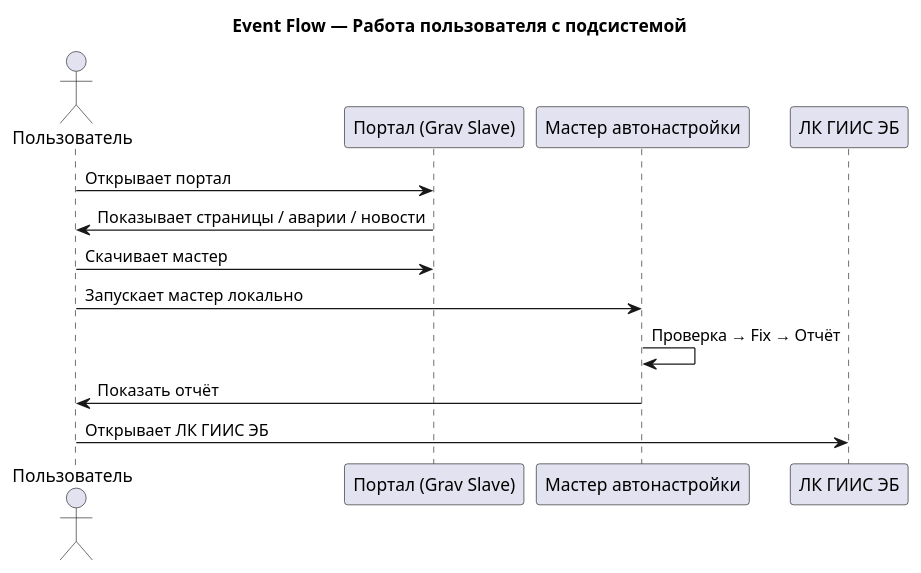
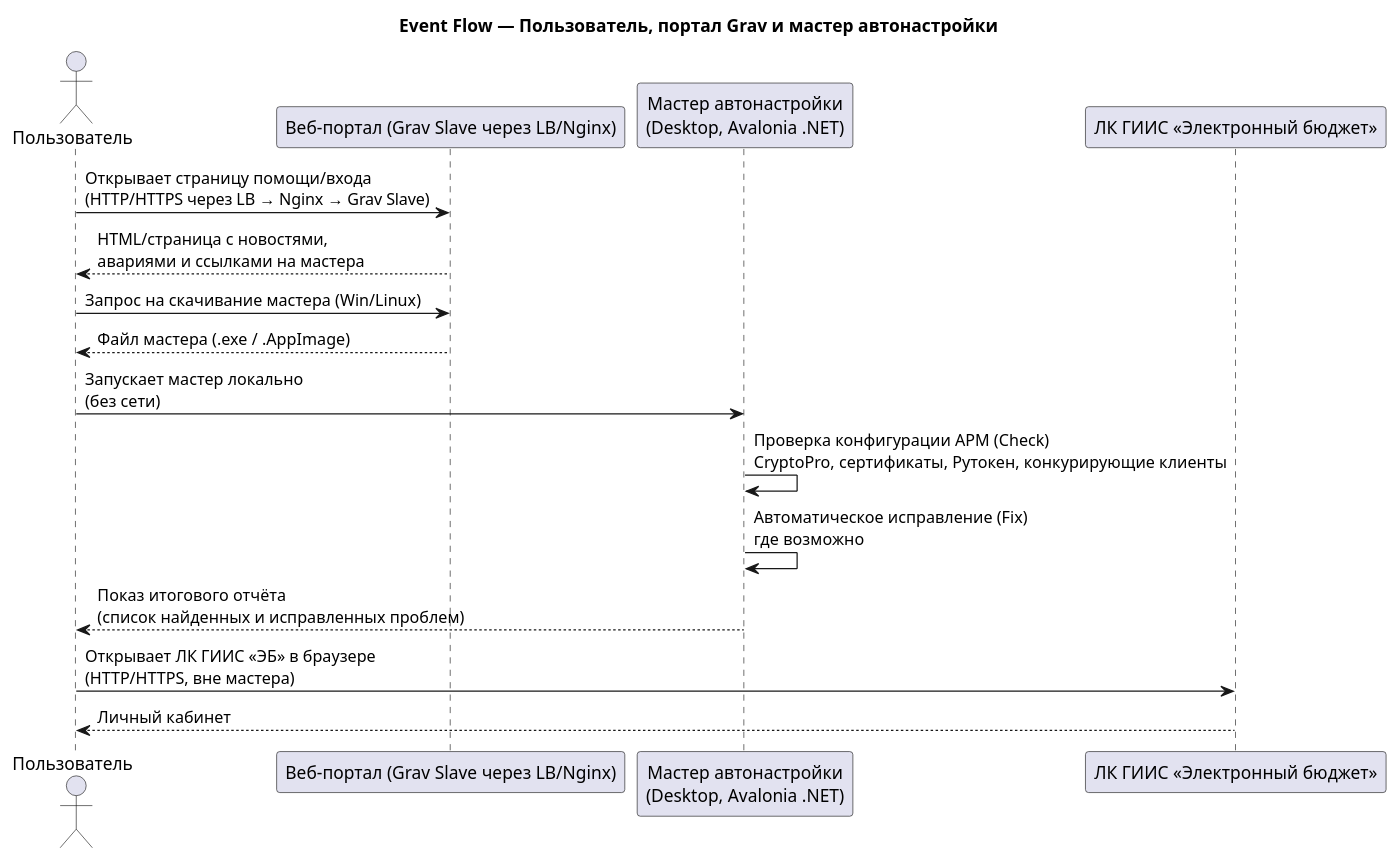
The diagram in docs/erd/event-flow-master.puml (LobovVit/automatic_workplace_setup), drawn with PlantUML before and after one commit. The commit also changed 10 other files, not shown here.

```diff
--- a/docs/erd/event-flow-master.puml
+++ b/docs/erd/event-flow-master.puml
@@ -1,19 +1,27 @@
-@startuml
-title Event Flow — Работа пользователя с подсистемой
+@startuml event-flow-master
+title Event Flow — Пользователь, портал Grav и мастер автонастройки
 
-actor Пользователь
-participant "Портал (Grav Slave)" as Portal
-participant "Мастер автонастройки" as Master
-participant "ЛК ГИИС ЭБ" as LK
+actor User as "Пользователь"
+participant "Веб-портал (Grav Slave через LB/Nginx)" as Portal
+participant "Мастер автонастройки\n(Desktop, Avalonia .NET)" as Master
+participant "ЛК ГИИС «Электронный бюджет»" as LK
 
-Пользователь -> Portal : Открывает портал
-Portal -> Пользователь : Показывает страницы / аварии / новости
+' 1. Пользователь открывает портал
+User -> Portal : Открывает страницу помощи/входа\n(HTTP/HTTPS через LB → Nginx → Grav Slave)
+Portal --> User : HTML/страница с новостями,\nавариями и ссылками на мастера
 
-Пользователь -> Portal : Скачивает мастер
-Пользователь -> Master : Запускает мастер локально
-Master -> Master : Проверка → Fix → Отчёт
-Master -> Пользователь : Показать отчёт
+' 2. Скачивание мастера
+User -> Portal : Запрос на скачивание мастера (Win/Linux)
+Portal --> User : Файл мастера (.exe / .AppImage)
 
-Пользователь -> LK : Открывает ЛК ГИИС ЭБ
+' 3. Запуск мастера
+User -> Master : Запускает мастер локально\n(без сети)
+Master -> Master : Проверка конфигурации АРМ (Check)\nCryptoPro, сертификаты, Рутокен, конкурирующие клиенты
+Master -> Master : Автоматическое исправление (Fix)\nгде возможно
+Master --> User : Показ итогового отчёта\n(список найденных и исправленных проблем)
+
+' 4. Переход в ЛК ЭБ
+User -> LK : Открывает ЛК ГИИС «ЭБ» в браузере\n(HTTP/HTTPS, вне мастера)
+LK --> User : Личный кабинет
 
 @enduml
```
